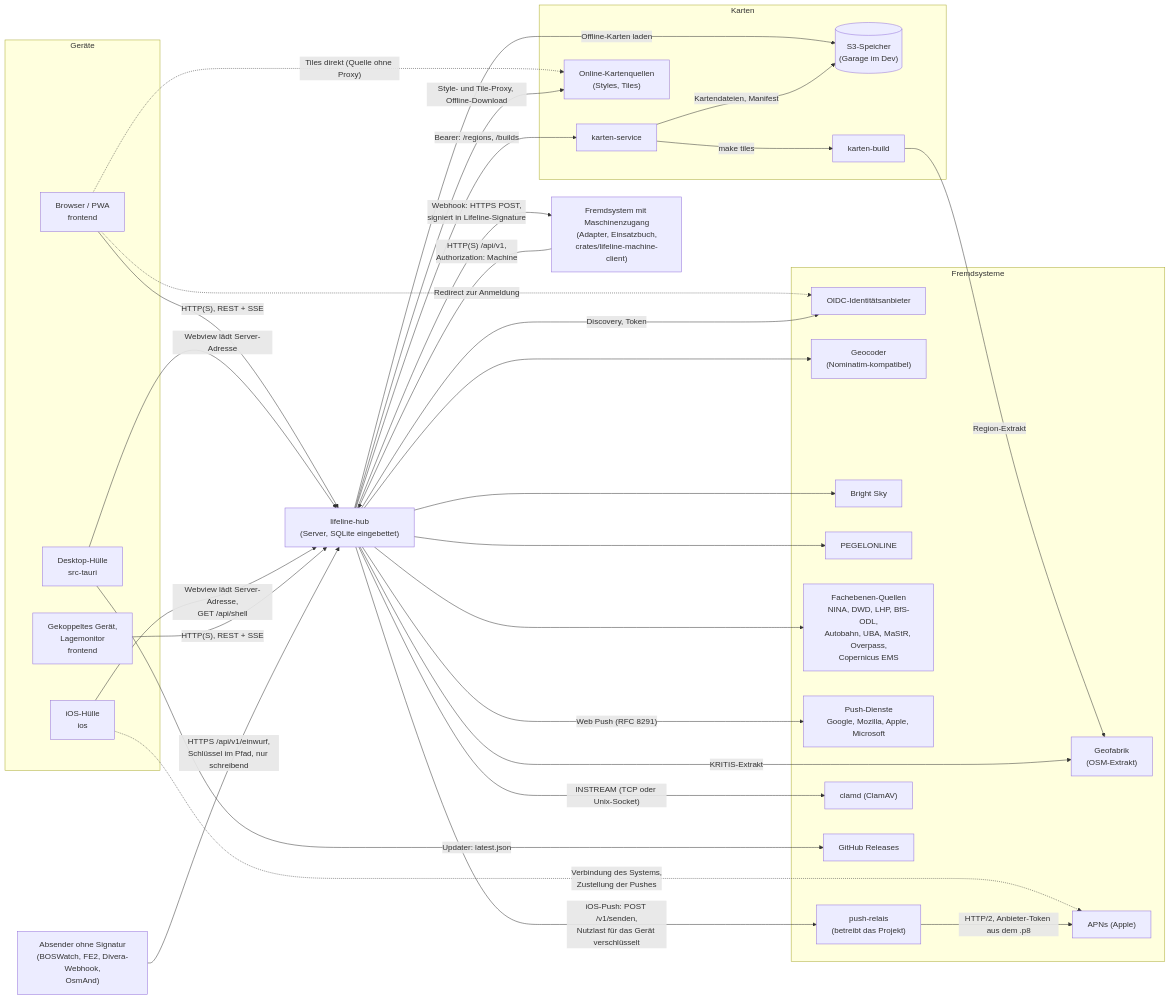
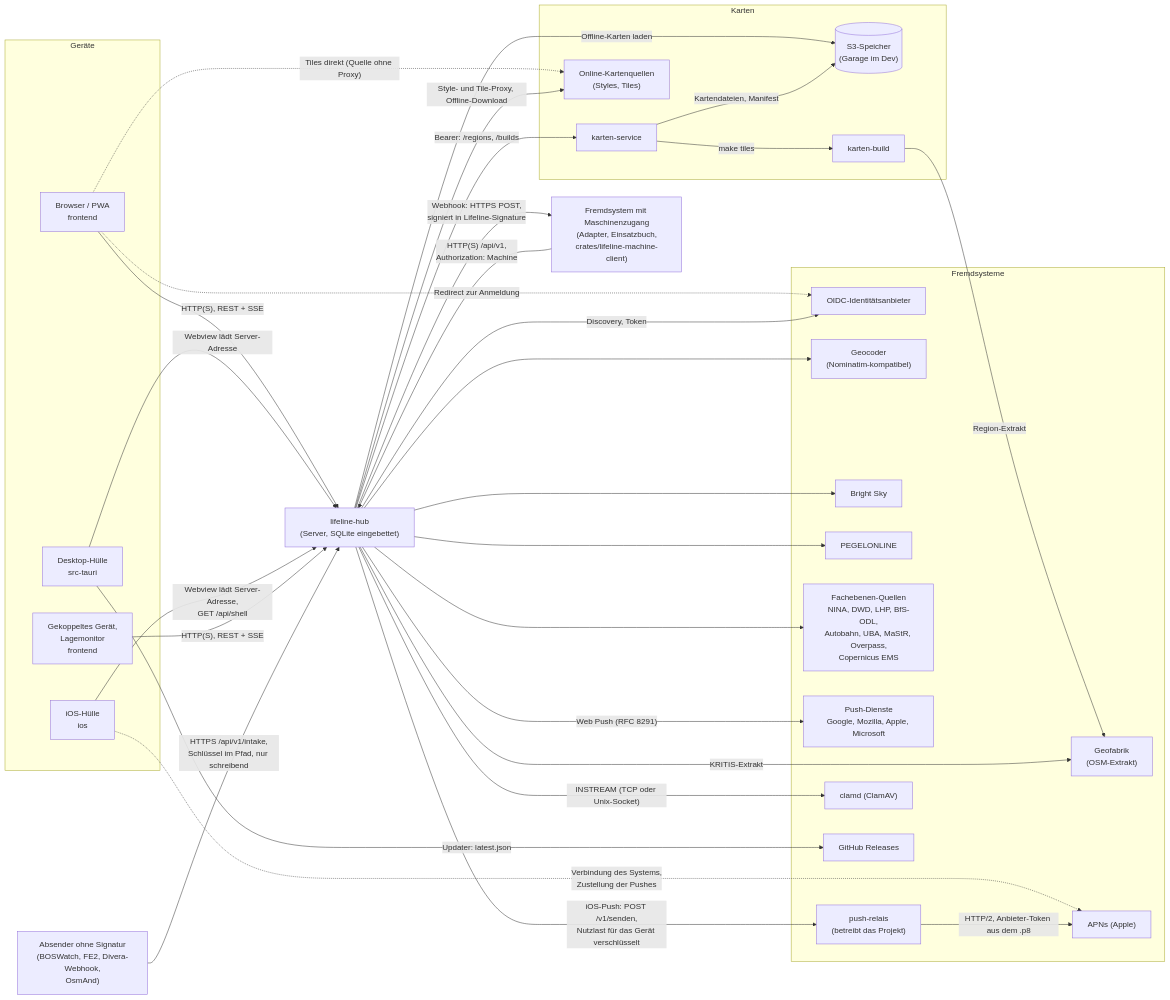
Before and after one commit to rubenvitt/lifeline-hub: the diagram in docs/architektur/03-kontextabgrenzung.md, drawn with Mermaid. The commit also changed other lines of this file and 61 other files, not shown here.

````diff
--- a/docs/architektur/03-kontextabgrenzung.md
+++ b/docs/architektur/03-kontextabgrenzung.md
@@ -29,64 +29,64 @@
 ```mermaid
 flowchart LR
   subgraph geraete["Geräte"]
     browser["Browser / PWA<br/>frontend"]
     huelle["Desktop-Hülle<br/>src-tauri"]
     ios["iOS-Hülle<br/>ios"]
     geraet["Gekoppeltes Gerät,<br/>Lagemonitor<br/>frontend"]
   end
 
   maschine["Fremdsystem mit Maschinenzugang<br/>(Adapter, Einsatzbuch,<br/>crates/lifeline-machine-client)"]
   absender["Absender ohne Signatur<br/>(BOSWatch, FE2, Divera-Webhook,<br/>OsmAnd)"]
 
   hub["lifeline-hub<br/>(Server, SQLite eingebettet)"]
 
   subgraph karten["Karten"]
     ks["karten-service"]
     s3[("S3-Speicher<br/>(Garage im Dev)")]
     kb["karten-build"]
     online["Online-Kartenquellen<br/>(Styles, Tiles)"]
   end
 
   subgraph fremd["Fremdsysteme"]
     idp["OIDC-Identitätsanbieter"]
     nominatim["Geocoder<br/>(Nominatim-kompatibel)"]
     brightsky["Bright Sky"]
     pegel["PEGELONLINE"]
     fach["Fachebenen-Quellen<br/>NINA, DWD, LHP, BfS-ODL,<br/>Autobahn, UBA, MaStR, Overpass,<br/>Copernicus EMS"]
     geofabrik["Geofabrik<br/>(OSM-Extrakt)"]
     push["Push-Dienste<br/>Google, Mozilla, Apple, Microsoft"]
     relais["push-relais<br/>(betreibt das Projekt)"]
     apns["APNs (Apple)"]
     clamd["clamd (ClamAV)"]
     gh["GitHub Releases"]
   end
 
   browser -- "HTTP(S), REST + SSE" --> hub
   huelle -- "Webview lädt Server-Adresse" --> hub
   ios -- "Webview lädt Server-Adresse,<br/>GET /api/shell" --> hub
   ios -. "Verbindung des Systems,<br/>Zustellung der Pushes" .-> apns
   geraet -- "HTTP(S), REST + SSE" --> hub
   maschine -- "HTTP(S) /api/v1,<br/>Authorization: Machine" --> hub
-  absender -- "HTTPS /api/v1/einwurf,<br/>Schlüssel im Pfad, nur schreibend" --> hub
+  absender -- "HTTPS /api/v1/intake,<br/>Schlüssel im Pfad, nur schreibend" --> hub
   browser -. "Redirect zur Anmeldung" .-> idp
   browser -. "Tiles direkt (Quelle ohne Proxy)" .-> online
   huelle -- "Updater: latest.json" --> gh
 
   hub -- "Discovery, Token" --> idp
   hub -- "Style- und Tile-Proxy, Offline-Download" --> online
   hub -- "Bearer: /regions, /builds" --> ks
   hub -- "Offline-Karten laden" --> s3
   ks -- "Kartendateien, Manifest" --> s3
   ks -- "make tiles" --> kb
   kb -- "Region-Extrakt" --> geofabrik
   hub --> nominatim
   hub --> brightsky
   hub --> pegel
   hub --> fach
   hub -- "KRITIS-Extrakt" --> geofabrik
   hub -- "Web Push (RFC 8291)" --> push
   hub -- "iOS-Push: POST /v1/senden,<br/>Nutzlast für das Gerät verschlüsselt" --> relais
   relais -- "HTTP/2, Anbieter-Token aus dem .p8" --> apns
   hub -- "Webhook: HTTPS POST,<br/>signiert in Lifeline-Signature" --> maschine
   hub -- "INSTREAM (TCP oder Unix-Socket)" --> clamd
 ```
````
